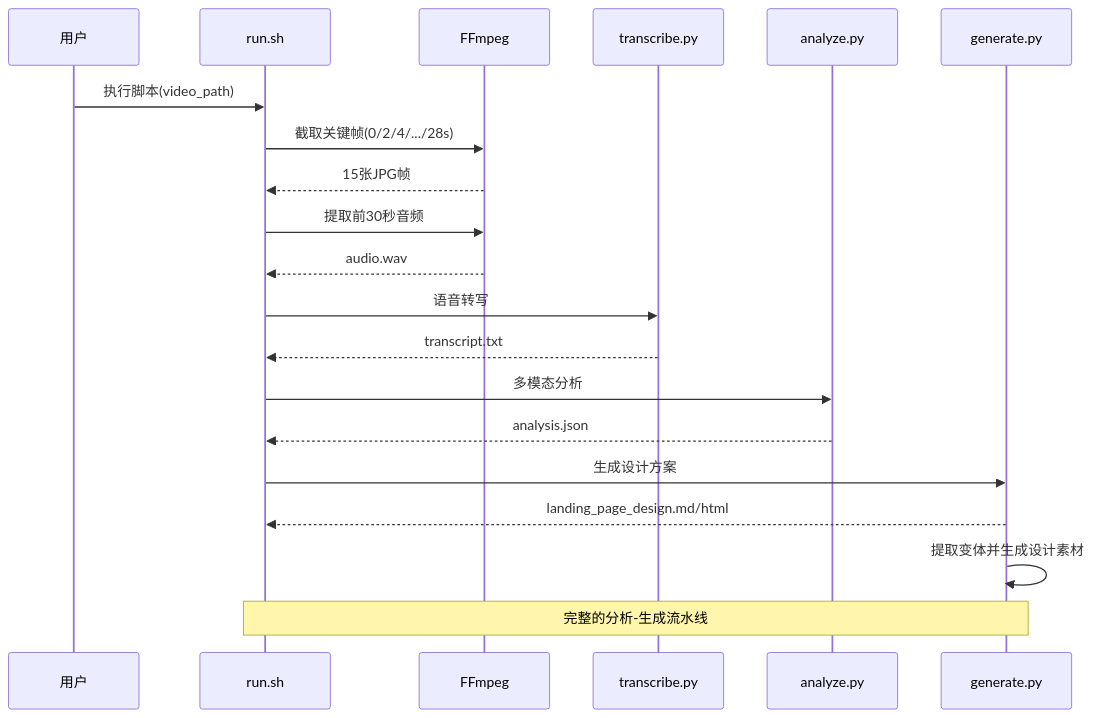
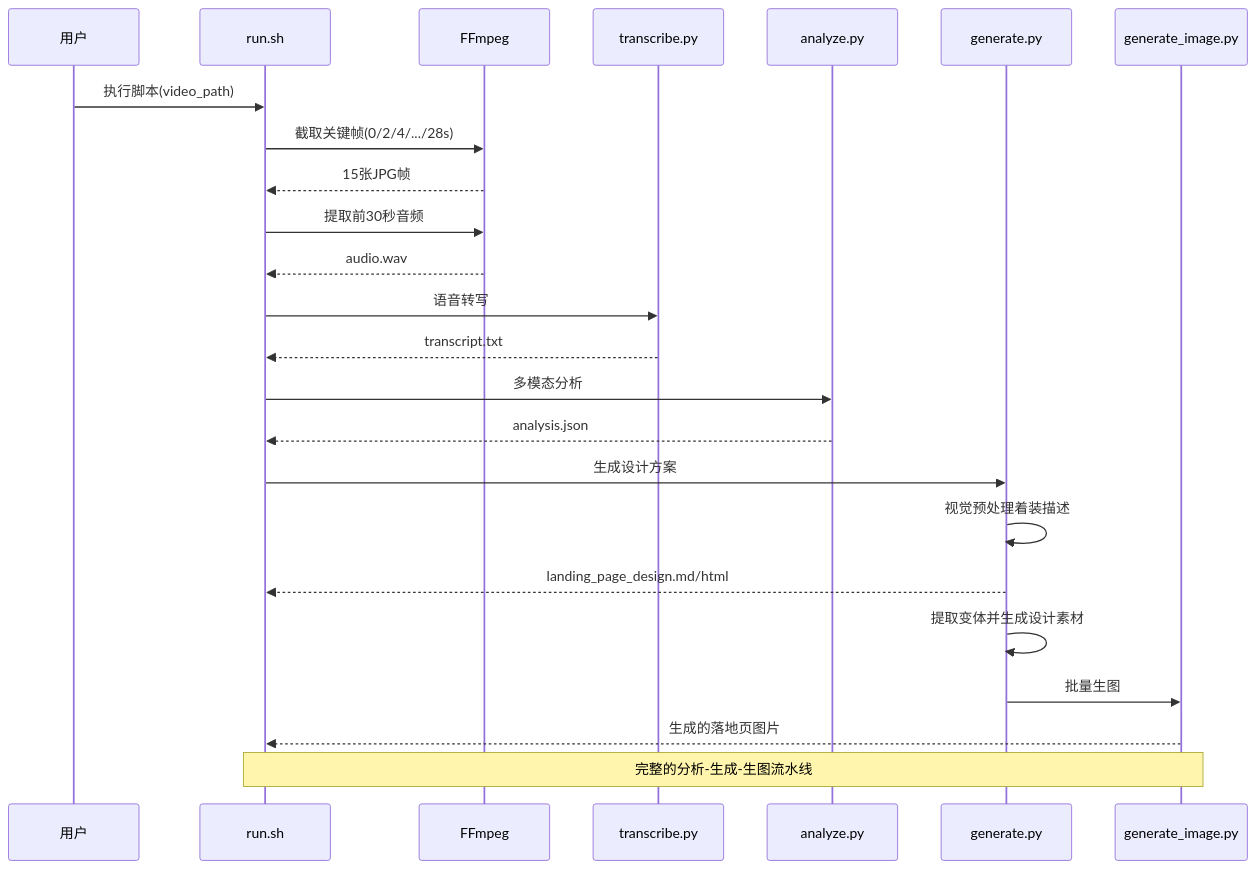
Before and after one commit to WongMingJiu/landingpage-test-hero-page: the second of 13 diagrams in .qoder/repowiki/zh/content/核心模块详解/方案生成模块.md, drawn with Mermaid. The commit also changed other lines of this file and 7 other files, not shown here.

````diff
--- a/.qoder/repowiki/zh/content/核心模块详解/方案生成模块.md
+++ b/.qoder/repowiki/zh/content/核心模块详解/方案生成模块.md
@@ -142,22 +169,26 @@
 ```mermaid
 sequenceDiagram
 participant User as 用户
 participant Run as run.sh
 participant FFmpeg as FFmpeg
 participant Transcribe as transcribe.py
 participant Analyze as analyze.py
 participant Generate as generate.py
+participant GenerateImage as generate_image.py
 User->>Run : 执行脚本(video_path)
 Run->>FFmpeg : 截取关键帧(0/2/4/.../28s)
 FFmpeg-->>Run : 15张JPG帧
 Run->>FFmpeg : 提取前30秒音频
 FFmpeg-->>Run : audio.wav
 Run->>Transcribe : 语音转写
 Transcribe-->>Run : transcript.txt
 Run->>Analyze : 多模态分析
 Analyze-->>Run : analysis.json
 Run->>Generate : 生成设计方案
+Generate->>Generate : 视觉预处理着装描述
 Generate-->>Run : landing_page_design.md/html
 Generate->>Generate : 提取变体并生成设计素材
-Note over Run,Generate : 完整的分析-生成流水线
+Generate->>GenerateImage : 批量生图
+GenerateImage-->>Run : 生成的落地页图片
+Note over Run,GenerateImage : 完整的分析-生成-生图流水线
 ```
````
